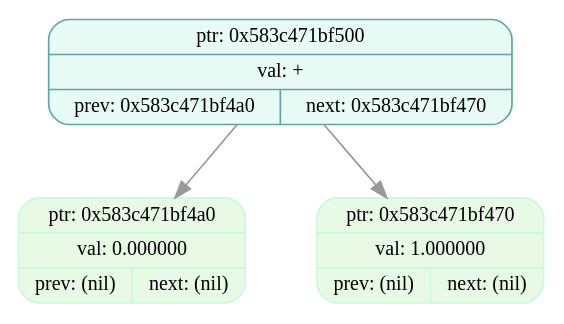
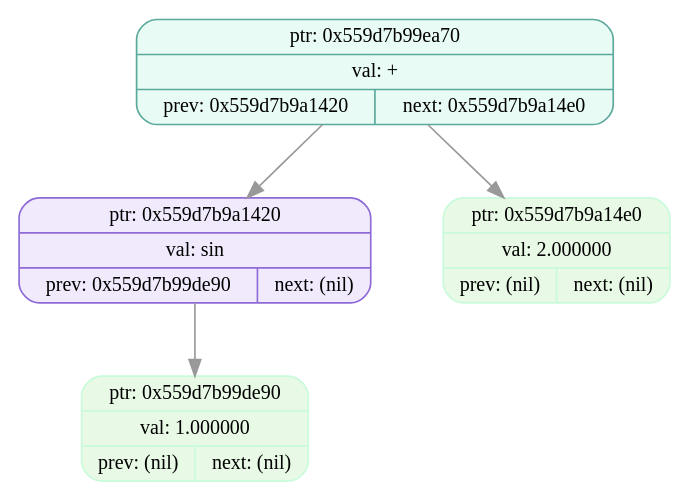
One commit to EvilTomato9890/Difference changed the diagram in dumps/tree_dump_007.dot. Above: the diagram before and after it, drawn with Graphviz. The commit also changed 36 other files, not shown here.

```diff
--- a/dumps/tree_dump_007.dot
+++ b/dumps/tree_dump_007.dot
@@ -1,9 +1,11 @@
 digraph T{
   node [fontname="Fira Mono",shape=record,style="filled,rounded",fontsize=12];
   graph [splines=true, nodesep=0.6, ranksep=0.6];
-  node_0x583c471bf500[shape=record,label="{ {ptr: 0x583c471bf500} | {val: +} | { prev: 0x583c471bf4a0 | next: 0x583c471bf470 } }",color="#5aa99b",fillcolor="#e9fbf5"];
-  node_0x583c471bf4a0[shape=record,label="{ {ptr: 0x583c471bf4a0} | {val: 0.000000} | { prev: (nil) | next: (nil) } }",color="#c9fbdbff",fillcolor="#e8f9e5ff"];
-  node_0x583c471bf470[shape=record,label="{ {ptr: 0x583c471bf470} | {val: 1.000000} | { prev: (nil) | next: (nil) } }",color="#c9fbdbff",fillcolor="#e8f9e5ff"];
-  node_0x583c471bf500 -> node_0x583c471bf4a0 [color="#999999"];
-  node_0x583c471bf500 -> node_0x583c471bf470 [color="#999999"];
+  node_0x559d7b99ea70[shape=record,label="{ {ptr: 0x559d7b99ea70} | {val: +} | { prev: 0x559d7b9a1420 | next: 0x559d7b9a14e0 } }",color="#5aa99b",fillcolor="#e9fbf5"];
+  node_0x559d7b9a1420[shape=record,label="{ {ptr: 0x559d7b9a1420} | {val: sin} | { prev: 0x559d7b99de90 | next: (nil) } }",color="#8e6bd6",fillcolor="#f1eafd"];
+  node_0x559d7b99de90[shape=record,label="{ {ptr: 0x559d7b99de90} | {val: 1.000000} | { prev: (nil) | next: (nil) } }",color="#c9fbdbff",fillcolor="#e8f9e5ff"];
+  node_0x559d7b9a14e0[shape=record,label="{ {ptr: 0x559d7b9a14e0} | {val: 2.000000} | { prev: (nil) | next: (nil) } }",color="#c9fbdbff",fillcolor="#e8f9e5ff"];
+  node_0x559d7b99ea70 -> node_0x559d7b9a1420 [color="#999999"];
+  node_0x559d7b99ea70 -> node_0x559d7b9a14e0 [color="#999999"];
+  node_0x559d7b9a1420 -> node_0x559d7b99de90 [color="#999999"];
 }
```
